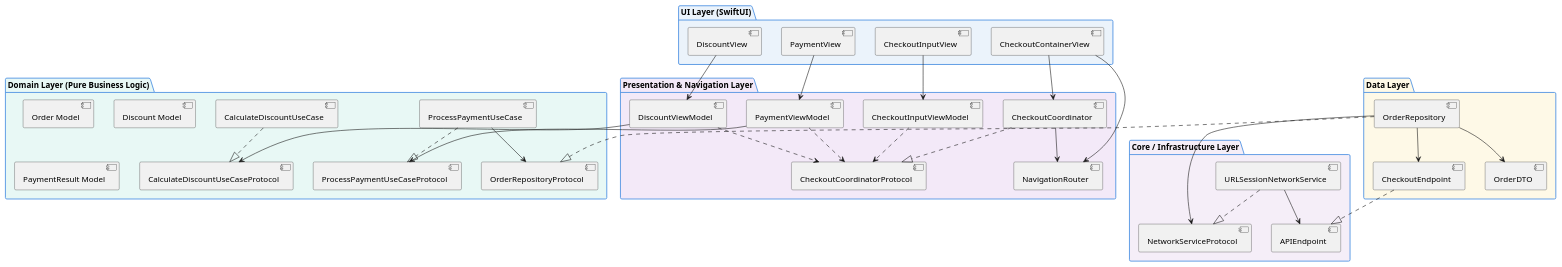
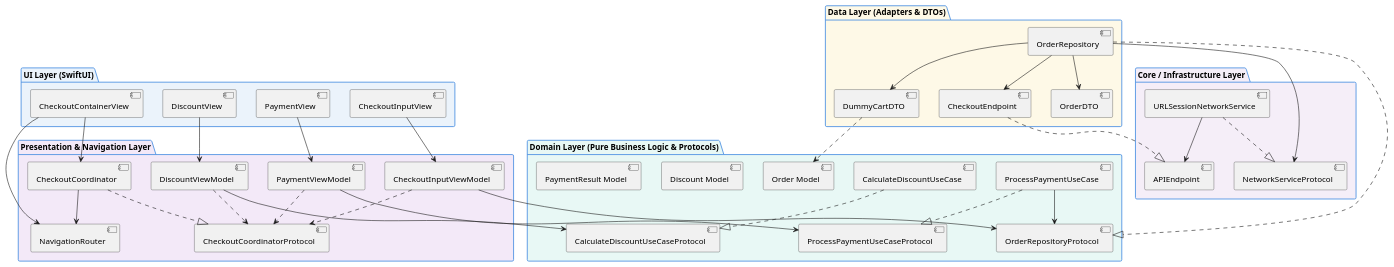
Before and after one commit to lwrnczeng/MVVMC-Blueprint: the first of 3 diagrams in Diagrams/architecture_diagrams.puml, drawn with PlantUML. The commit also changed other lines of this file and 20 other files, not shown here.

Commit message:
updated code and diagrames

```diff
--- a/Diagrams/architecture_diagrams.puml
+++ b/Diagrams/architecture_diagrams.puml
@@ -1,74 +1,78 @@
 @startuml LayerDependencies
 skinparam packageBackgroundColor #F8F9FA
 skinparam packageBorderColor #4A90E2
 
 package "UI Layer (SwiftUI)" #EBF3FB {
     [CheckoutContainerView]
     [CheckoutInputView]
     [DiscountView]
     [PaymentView]
 }
 
 package "Presentation & Navigation Layer" #F3E9F8 {
     [NavigationRouter]
     [CheckoutCoordinator]
     [CheckoutCoordinatorProtocol] as CoordProto
     [CheckoutInputViewModel]
     [DiscountViewModel]
     [PaymentViewModel]
 }
 
-package "Domain Layer (Pure Business Logic)" #E8F8F5 {
+package "Domain Layer (Pure Business Logic & Protocols)" #E8F8F5 {
     [OrderRepositoryProtocol] as RepoProto
     [CalculateDiscountUseCaseProtocol] as CalcUseCaseProto
     [ProcessPaymentUseCaseProtocol] as PayUseCaseProto
     [CalculateDiscountUseCase]
     [ProcessPaymentUseCase]
     [Order Model] as Order
     [Discount Model] as Discount
     [PaymentResult Model] as PaymentResult
 }
 
-package "Data Layer" #FEF9E7 {
+package "Data Layer (Adapters & DTOs)" #FEF9E7 {
     [OrderRepository]
     [CheckoutEndpoint]
+    [DummyCartDTO]
     [OrderDTO]
 }
 
 package "Core / Infrastructure Layer" #F5EEF8 {
     [NetworkServiceProtocol] as NetProto
     [URLSessionNetworkService]
     [APIEndpoint]
 }
 
 ' Relationships
 [CheckoutContainerView] --> [NavigationRouter]
 [CheckoutContainerView] --> [CheckoutCoordinator]
 [CheckoutInputView] --> [CheckoutInputViewModel]
 [DiscountView] --> [DiscountViewModel]
 [PaymentView] --> [PaymentViewModel]
 
 [CheckoutInputViewModel] ..> CoordProto
+[CheckoutInputViewModel] --> RepoProto
 [DiscountViewModel] ..> CoordProto
 [PaymentViewModel] ..> CoordProto
 
 [CheckoutCoordinator] ..|> CoordProto
 [CheckoutCoordinator] --> [NavigationRouter]
 
 [DiscountViewModel] --> CalcUseCaseProto
 [PaymentViewModel] --> PayUseCaseProto
 
 [CalculateDiscountUseCase] ..|> CalcUseCaseProto
 [ProcessPaymentUseCase] ..|> PayUseCaseProto
 [ProcessPaymentUseCase] --> RepoProto
 
 [OrderRepository] ..|> RepoProto
 [OrderRepository] --> [CheckoutEndpoint]
 [OrderRepository] --> NetProto
+[OrderRepository] --> [DummyCartDTO]
 [OrderRepository] --> [OrderDTO]
 [CheckoutEndpoint] ..|> [APIEndpoint]
+[DummyCartDTO] ..> Order
 
 [URLSessionNetworkService] ..|> NetProto
 [URLSessionNetworkService] --> [APIEndpoint]
 
 @enduml
```
